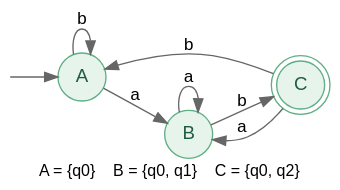
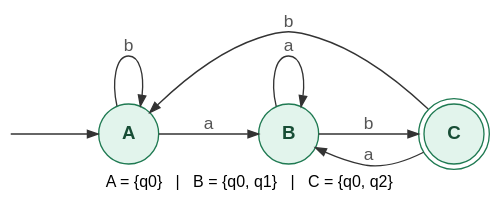
The diagram in files/dotty/example_dfa_ends_in_ab.dot (BillJr99/Ursinus-CS374), drawn with Graphviz before and after one commit. The commit also changed 11 other files, not shown here.

First line of the commit message:
Day 2 deck: redraw the two examples' diagrams in a straight-row layout (CS374 10/6 brief follow-up)

```diff
--- a/files/dotty/example_dfa_ends_in_ab.dot
+++ b/files/dotty/example_dfa_ends_in_ab.dot
@@ -1,17 +1,17 @@
 digraph example_dfa_ends_in_ab {
-  rankdir=LR;
-  bgcolor="transparent";
-  label="A = {q0}    B = {q0, q1}    C = {q0, q2}";
-  labelloc=b; fontname="Helvetica"; fontsize=12;
-  node [shape=circle, fontname="Helvetica", fontsize=14, style=filled, fillcolor="#E6F4EC", color="#5FAE84", fontcolor="#1F5C3D"];
-  edge [fontname="Courier", fontsize=13, color="#666666"];
-  __start [shape=point, style=invis, width=0];
+  rankdir=LR; bgcolor="transparent"; nodesep=0.5; ranksep=0.9;
+  fontname="Helvetica"; fontsize=12; labelloc=b;
+  node [shape=circle, fixedsize=true, width=0.62, fontname="Helvetica-Bold", fontsize=14, style=filled, group=row];
+  edge [fontname="Helvetica", fontsize=13, color="#333333", fontcolor="#555555", arrowsize=0.8];
+  __start [shape=point, style=invis, width=0, group=row];
+  label="A = {q0}   |   B = {q0, q1}   |   C = {q0, q2}";
+  node [fillcolor="#E2F4EC", color="#1F7A52", fontcolor="#174D35"];
   C [shape=doublecircle];
   __start -> A;
   A -> A [label="b"];
   A -> B [label="a"];
   B -> B [label="a"];
   B -> C [label="b"];
-  C -> B [label="a"];
-  C -> A [label="b"];
+  C -> B [label="a", constraint=false];
+  C -> A [label="b", constraint=false];
 }
```
